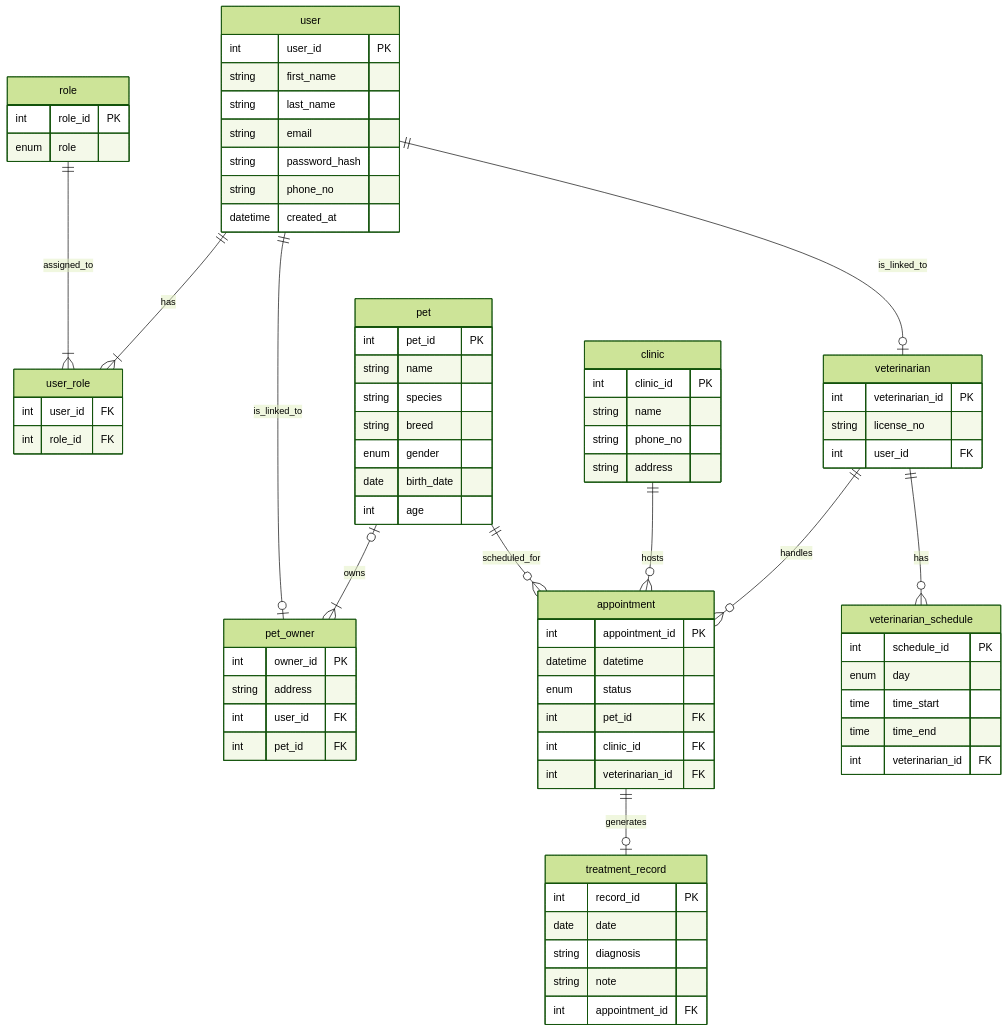
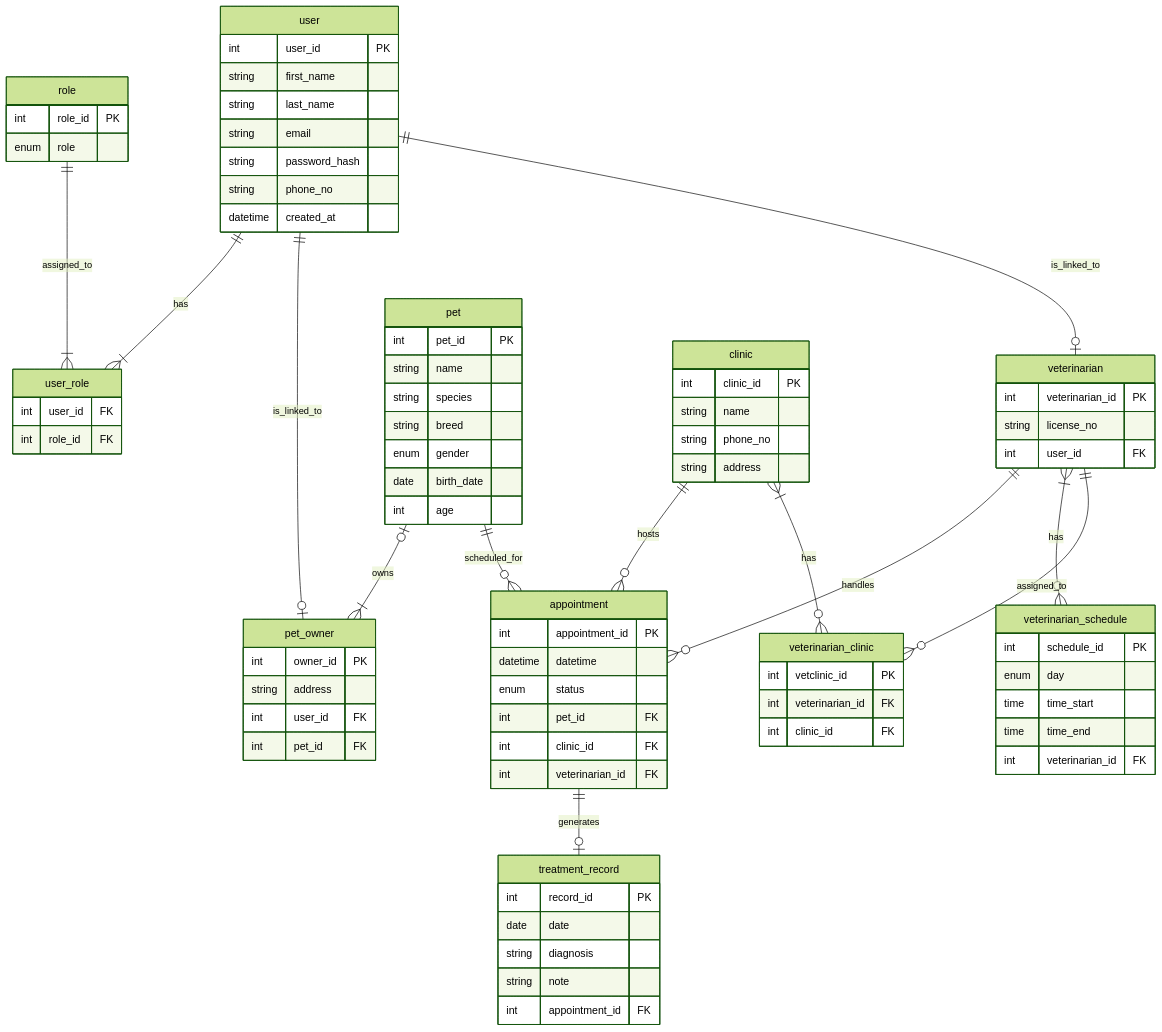
Before and after one commit to deiraaisyar/DBProject_Group10_PawPoint: the diagram in week2_schema_SQL/fixed/dbschema.mmd, drawn with Mermaid (forest theme). The commit also changed 12 other files, not shown here.

```diff
--- a/week2_schema_SQL/fixed/dbschema.mmd
+++ b/week2_schema_SQL/fixed/dbschema.mmd
@@ -1,96 +1,105 @@
 erDiagram
 
     user {
         int user_id PK
         string first_name
         string last_name
         string email
         string password_hash
         string phone_no
         datetime created_at
     }
 
     role {
         int role_id PK
         enum role
     }
 
     user_role {
         int user_id FK
         int role_id FK
     }
 
     pet_owner {
         int owner_id PK
         string address
         int user_id FK
         int pet_id FK
     }
 
     veterinarian {
         int veterinarian_id PK
         string license_no
         int user_id FK
+    }
+
+    veterinarian_clinic {
+        int vetclinic_id PK
+        int veterinarian_id FK
+        int clinic_id FK
     }
 
     pet {
         int pet_id PK
         string name
         string species
         string breed
         enum gender
         date birth_date
         int age
     }
 
     clinic {
         int clinic_id PK
         string name
         string phone_no
         string address
     }
 
     appointment {
         int appointment_id PK
         datetime datetime
         enum status
         int pet_id FK
         int clinic_id FK
         int veterinarian_id FK
     }
 
     treatment_record {
         int record_id PK
         date date
         string diagnosis
         string note
         int appointment_id FK
     }
 
     veterinarian_schedule {
         int schedule_id PK
         enum day
         time time_start
         time time_end
         int veterinarian_id FK
     }
 
     %% =====================
     %% RELATIONSHIPS
     %% =====================
 
     user ||--|{ user_role : has
     role ||--|{ user_role : assigned_to
 
     user ||--o| pet_owner : is_linked_to
     user ||--o| veterinarian : is_linked_to
 
     pet |o--|{ pet_owner : owns
 
     pet ||--o{ appointment : scheduled_for
     clinic ||--o{ appointment : hosts
     veterinarian ||--o{ appointment : handles
 
     appointment ||--o| treatment_record : generates
 
-    veterinarian ||--o{ veterinarian_schedule : has
+    veterinarian |{--o{ veterinarian_schedule : has
+
+    veterinarian ||--o{ veterinarian_clinic : assigned_to
+    clinic |{--o{ veterinarian_clinic : has
```
